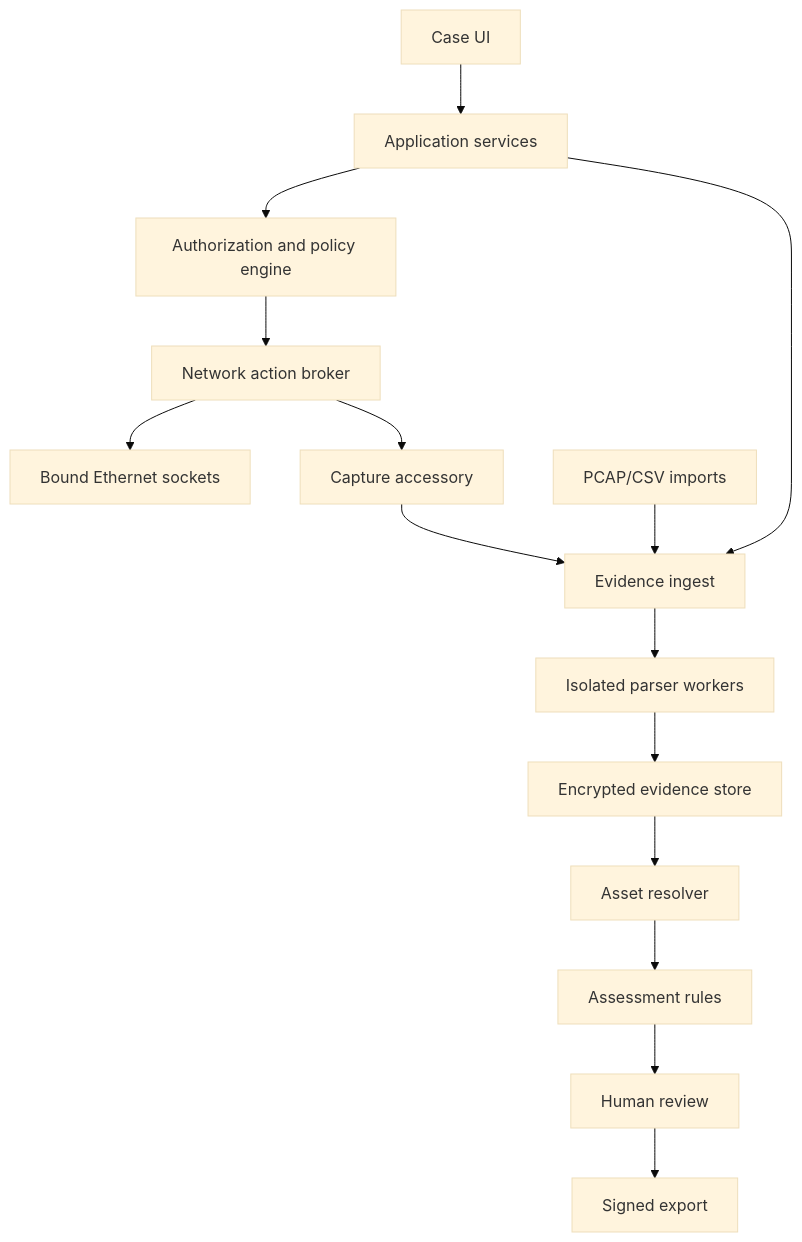
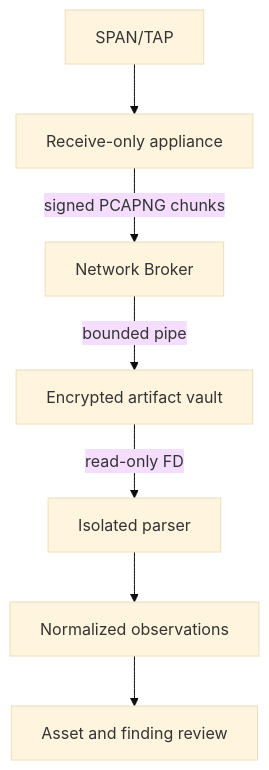
The second of 4 diagrams in docs/wiki/Technical-Architecture.md (charifmahmoudi/mobile-ot-security-assessment), drawn with Mermaid (base theme) before and after one commit. The commit also changed other lines of this file, not shown here.

Commit message:
Replace overview with normative architecture map

````diff
--- a/docs/wiki/Technical-Architecture.md
+++ b/docs/wiki/Technical-Architecture.md
@@ -30,17 +59,9 @@
 ```mermaid
 flowchart TD
-  UI["Case UI"] --> APP["Application services"]
-  APP --> POLICY["Authorization and policy engine"]
-  POLICY --> NET["Network action broker"]
-  NET --> H1["Bound Ethernet sockets"]
-  NET --> H2["Capture accessory"]
-  APP --> INGEST["Evidence ingest"]
-  H2 --> INGEST
-  FILE["PCAP/CSV imports"] --> INGEST
-  INGEST --> PARSER["Isolated parser workers"]
-  PARSER --> STORE["Encrypted evidence store"]
-  STORE --> RESOLVE["Asset resolver"]
-  RESOLVE --> RULES["Assessment rules"]
-  RULES --> REVIEW["Human review"]
-  REVIEW --> REPORT["Signed export"]
+  SPAN["SPAN/TAP"] --> H2["Receive-only appliance"]
+  H2 -->|"signed PCAPNG chunks"| BROKER["Network Broker"]
+  BROKER -->|"bounded pipe"| VAULT["Encrypted artifact vault"]
+  VAULT -->|"read-only FD"| PARSER["Isolated parser"]
+  PARSER --> OBS["Normalized observations"]
+  OBS --> REVIEW["Asset and finding review"]
 ```
````
